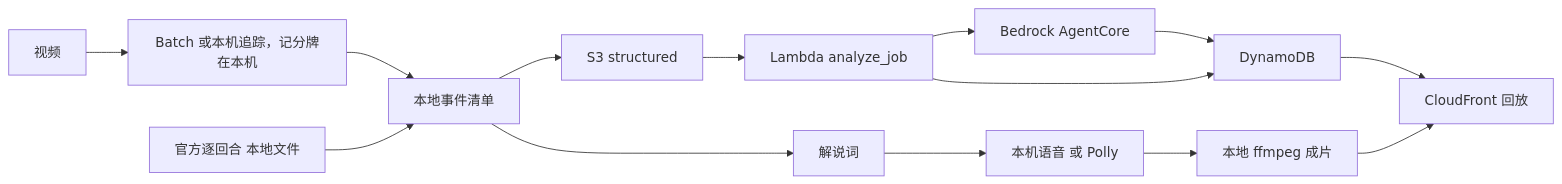
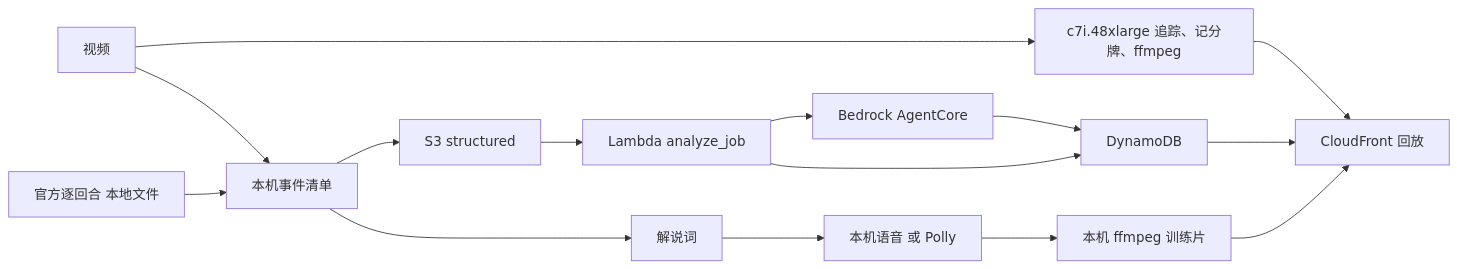
Before and after one commit to Max-lzp/Agent-NBA: the diagram in docs/pipeline-map.md, drawn with Mermaid. The commit also changed other lines of this file and 26 other files, not shown here.

````diff
--- a/docs/pipeline-map.md
+++ b/docs/pipeline-map.md
@@ -8,16 +8,17 @@
 ```mermaid
 flowchart LR
-  video[视频] --> vision[Batch 或本机追踪，记分牌在本机]
-  vision --> stream[本地事件清单]
+  video[视频] --> cloud[c7i.48xlarge 追踪、记分牌、ffmpeg]
+  cloud --> page[CloudFront 回放]
+  video --> stream[本机事件清单]
   official[官方逐回合 本地文件] --> stream
   stream --> s3[S3 structured]
   s3 --> analyze[Lambda analyze_job]
   analyze --> agent[Bedrock AgentCore]
   agent --> ddb[DynamoDB]
   analyze --> ddb
-  ddb --> page[CloudFront 回放]
+  ddb --> page
   stream --> words[解说词]
   words --> voice[本机语音 或 Polly]
-  voice --> cut[本地 ffmpeg 成片]
+  voice --> cut[本机 ffmpeg 训练片]
   cut --> page
 ```
````
